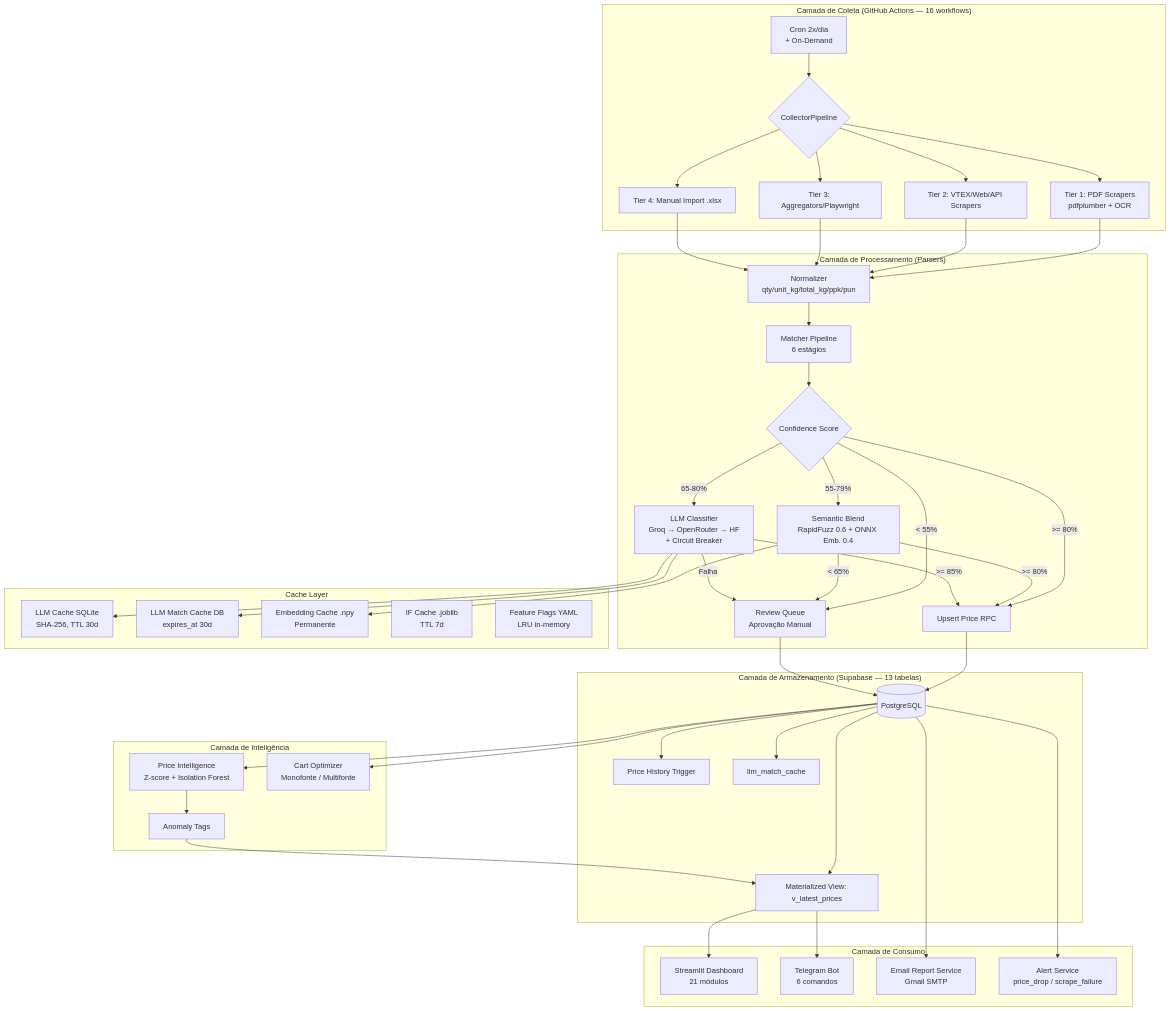
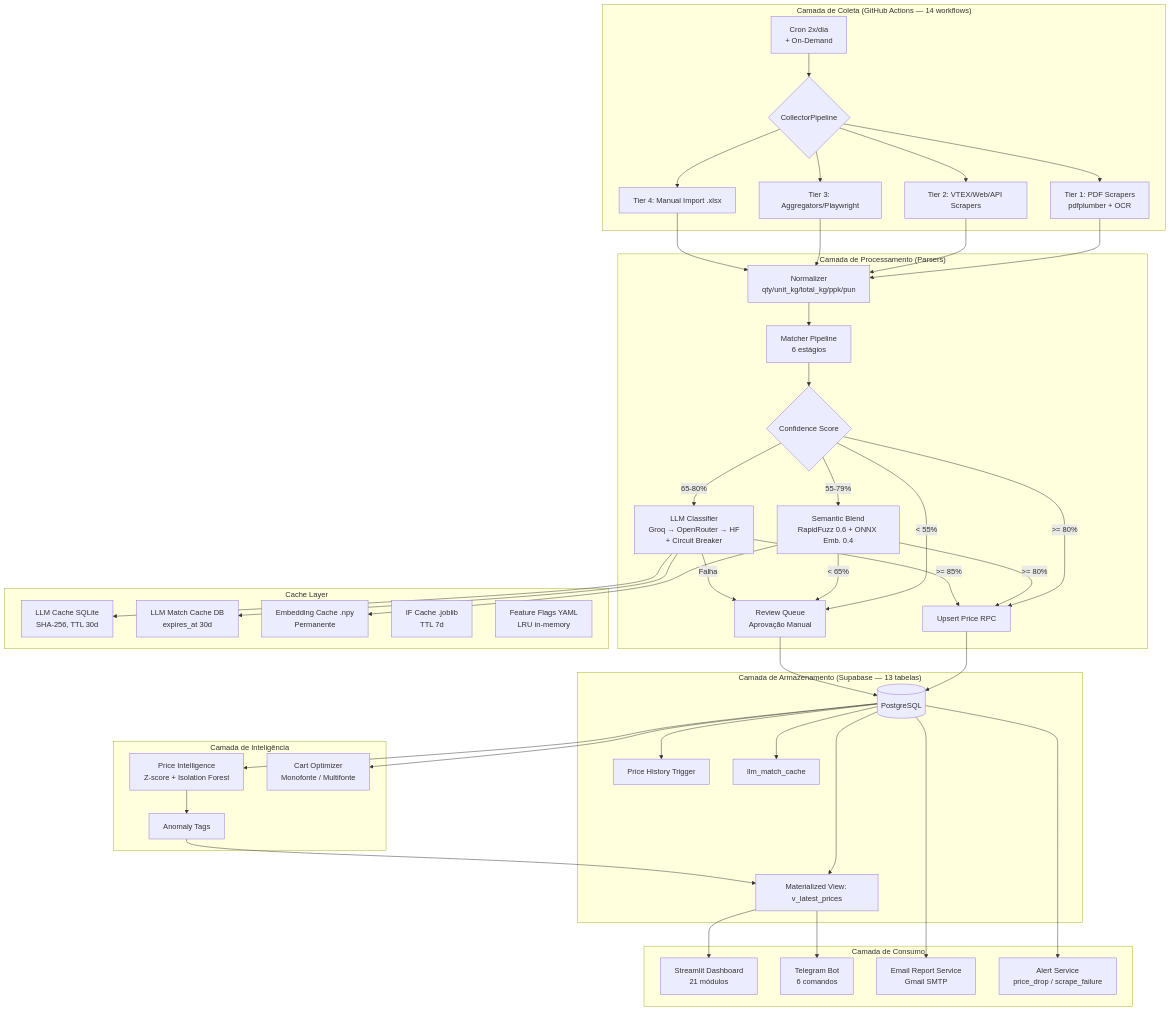
One commit to ZeroBond85/CustoDoce changed the first of 2 diagrams in docs/architecture.md. Above: the diagram before and after it, drawn with Mermaid. The commit also changed 24 other files, not shown here.

````diff
--- a/docs/architecture.md
+++ b/docs/architecture.md
@@ -10,57 +10,57 @@
 ```mermaid
 graph TD
-    subgraph "Camada de Coleta (GitHub Actions — 16 workflows)"
+    subgraph "Camada de Coleta (GitHub Actions — 14 workflows)"
         A[Cron 2x/dia<br/>+ On-Demand] --> B{CollectorPipeline}
         B --> C[Tier 1: PDF Scrapers<br/>pdfplumber + OCR]
         B --> D[Tier 2: VTEX/Web/API Scrapers]
         B --> E[Tier 3: Aggregators/Playwright]
         B --> F[Tier 4: Manual Import .xlsx]
     end
 
     subgraph "Camada de Processamento (Parsers)"
         C & D & E & F --> G[Normalizer<br/>qty/unit_kg/total_kg/ppk/pun]
         G --> H[Matcher Pipeline<br/>6 estágios]
         H --> I{Confidence Score}
         I -- ">= 80%" --> J[Upsert Price RPC]
         I -- "55-79%" --> K[Semantic Blend<br/>RapidFuzz 0.6 + ONNX Emb. 0.4]
         I -- "65-80%" --> L[LLM Classifier<br/>Groq → OpenRouter → HF<br/>+ Circuit Breaker]
         I -- "< 55%" --> M[Review Queue<br/>Aprovação Manual]
         K -- ">= 80%" --> J
         K -- "< 65%" --> M
         L -- ">= 85%" --> J
         L -- "Falha" --> M
     end
 
     subgraph "Cache Layer"
         N1[LLM Cache SQLite<br/>SHA-256, TTL 30d]
         N2[LLM Match Cache DB<br/>expires_at 30d]
         N3[Embedding Cache .npy<br/>Permanente]
         N4[IF Cache .joblib<br/>TTL 7d]
         N5[Feature Flags YAML<br/>LRU in-memory]
         L --> N1
         L --> N2
         K --> N3
     end
 
     subgraph "Camada de Armazenamento (Supabase — 13 tabelas)"
         J --> O[(PostgreSQL)]
         M --> O
         O --> P[Materialized View: v_latest_prices]
         O --> Q[Price History Trigger]
         O --> R[llm_match_cache]
     end
 
     subgraph "Camada de Inteligência"
         O --> S[Price Intelligence<br/>Z-score + Isolation Forest]
         S --> T[Anomaly Tags]
         O --> U[Cart Optimizer<br/>Monofonte / Multifonte]
         T --> P
     end
 
     subgraph "Camada de Consumo"
         P --> V[Streamlit Dashboard<br/>21 módulos]
         P --> W[Telegram Bot<br/>6 comandos]
         O --> X[Email Report Service<br/>Gmail SMTP]
         O --> Y[Alert Service<br/>price_drop / scrape_failure]
     end
 ```
````
